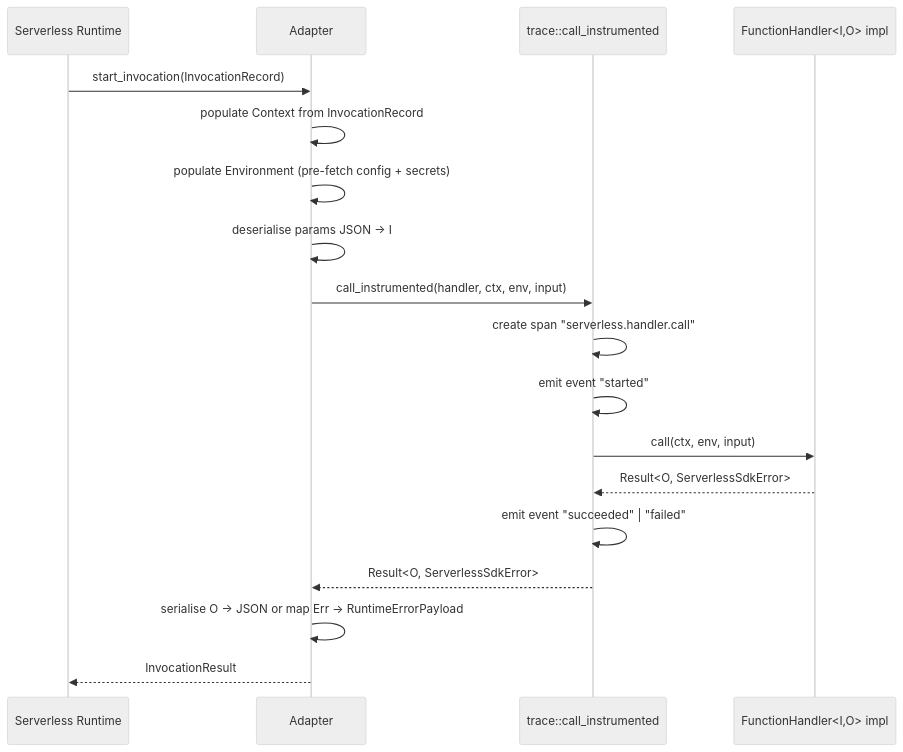
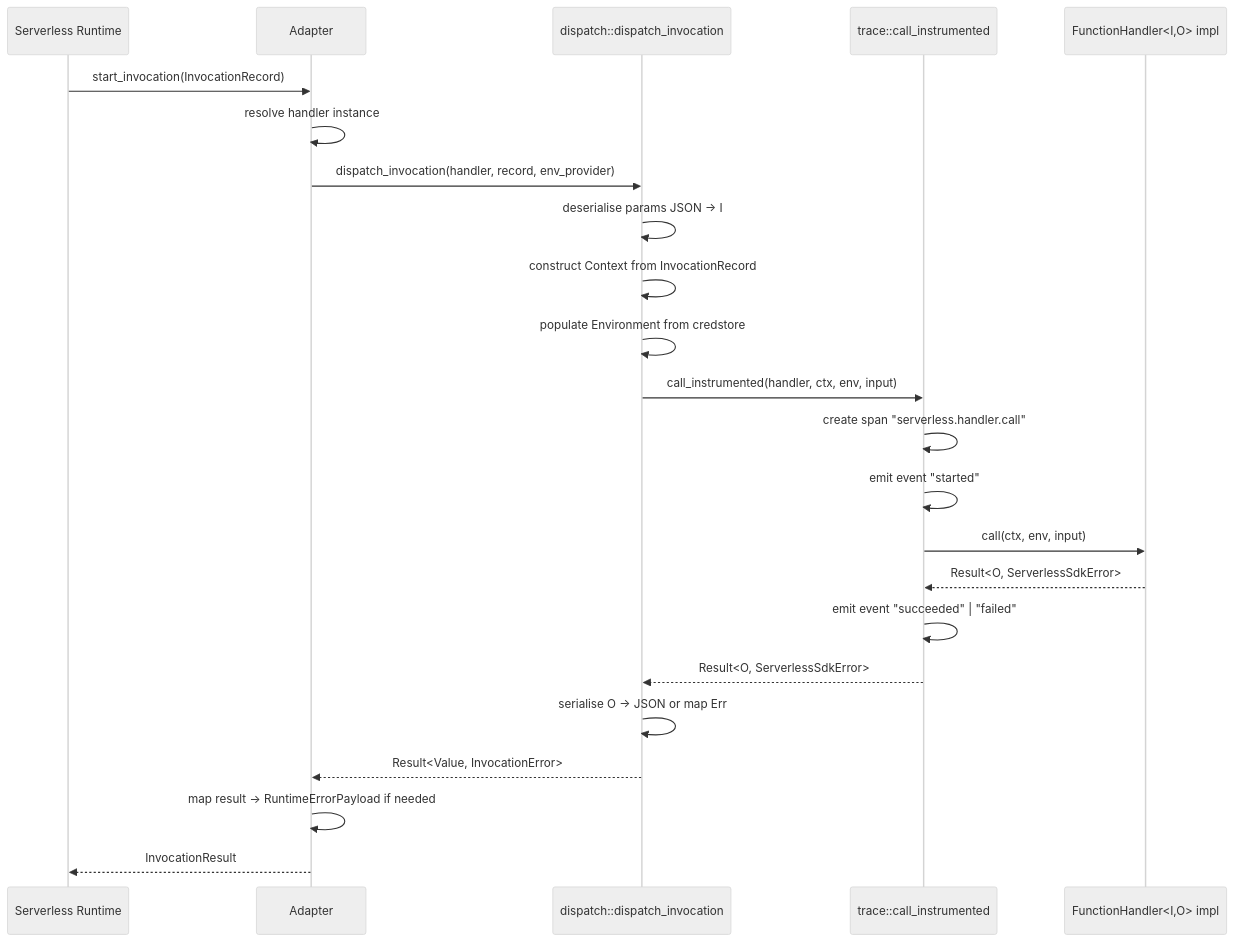
Before and after one commit to vgprod/cyberfabric-core: the second of 3 diagrams in modules/serverless-runtime/serverless-sdk/docs/DESIGN.md, drawn with Mermaid (neutral theme). The commit also changed other lines of this file and 1 other file, not shown here.

Commit message:
docs(serverless-sdk): enhance clarity on SDK architecture and invocation plumbing

````diff
--- a/modules/serverless-runtime/serverless-sdk/docs/DESIGN.md
+++ b/modules/serverless-runtime/serverless-sdk/docs/DESIGN.md
@@ -627,21 +655,26 @@
 ```mermaid
 sequenceDiagram
     participant R as Serverless Runtime
     participant A as Adapter
+    participant D as dispatch::dispatch_invocation
     participant T as trace::call_instrumented
     participant H as FunctionHandler<I,O> impl
 
     R->>A: start_invocation(InvocationRecord)
-    A->>A: populate Context from InvocationRecord
-    A->>A: populate Environment (pre-fetch config + secrets)
-    A->>A: deserialise params JSON → I
-    A->>T: call_instrumented(handler, ctx, env, input)
+    A->>A: resolve handler instance
+    A->>D: dispatch_invocation(handler, record, env_provider)
+    D->>D: deserialise params JSON → I
+    D->>D: construct Context from InvocationRecord
+    D->>D: populate Environment from credstore
+    D->>T: call_instrumented(handler, ctx, env, input)
     T->>T: create span "serverless.handler.call"
     T->>T: emit event "started"
     T->>H: call(ctx, env, input)
     H-->>T: Result<O, ServerlessSdkError>
     T->>T: emit event "succeeded" | "failed"
-    T-->>A: Result<O, ServerlessSdkError>
-    A->>A: serialise O → JSON or map Err → RuntimeErrorPayload
+    T-->>D: Result<O, ServerlessSdkError>
+    D->>D: serialise O → JSON or map Err
+    D-->>A: Result<Value, InvocationError>
+    A->>A: map result → RuntimeErrorPayload if needed
     A-->>R: InvocationResult
 ```
````
